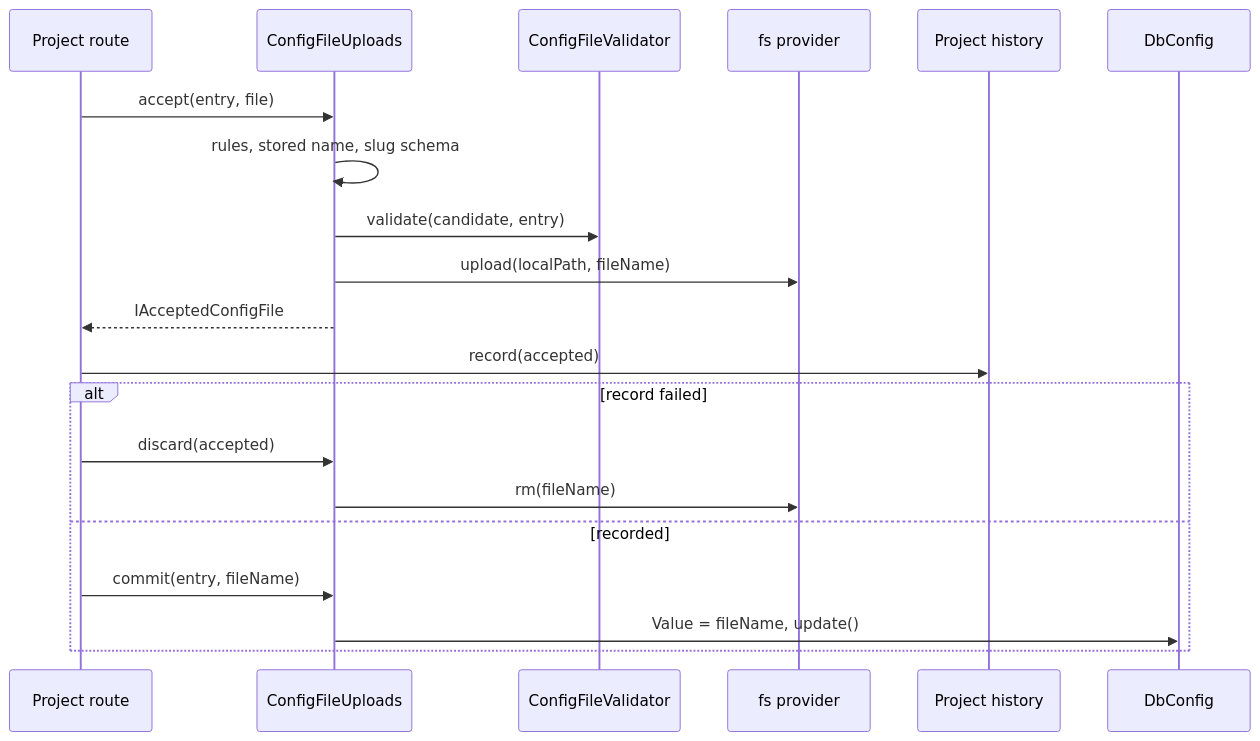
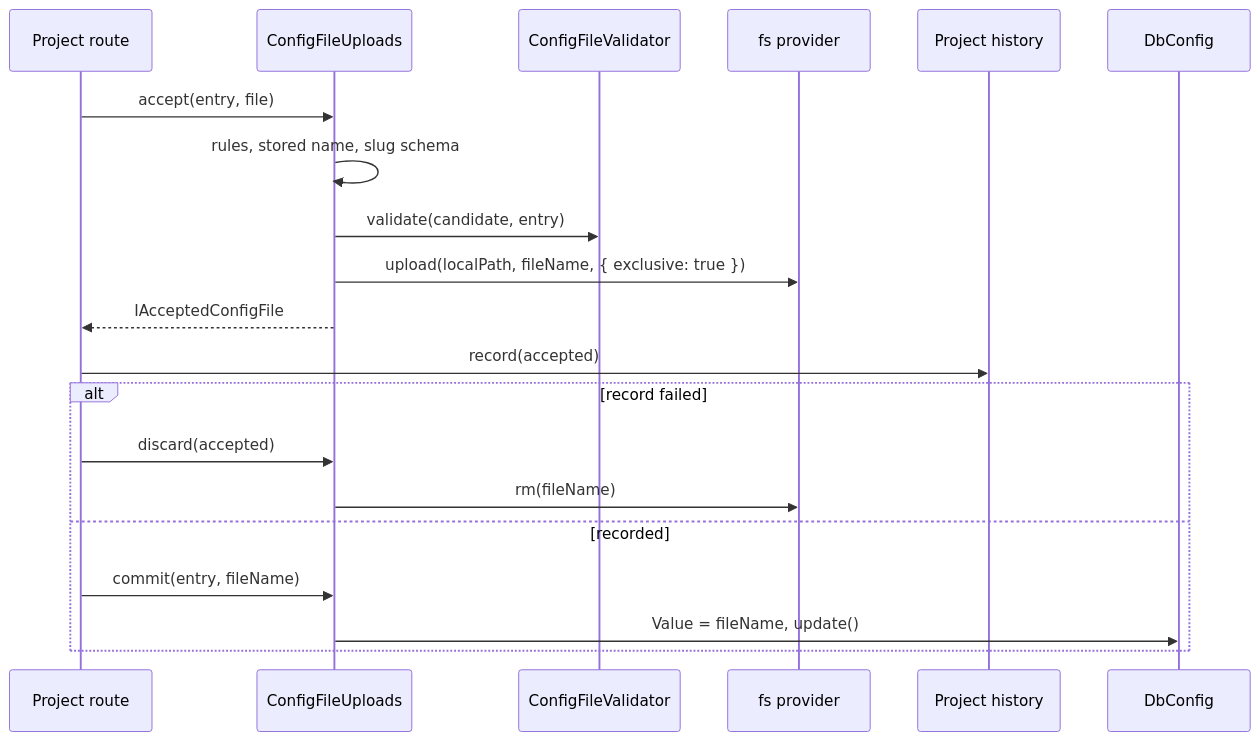
Before and after one commit to spinajs/main: the diagram in docs/configuration-http/05-file-uploads.md, drawn with Mermaid. The commit also changed other lines of this file and 13 other files, not shown here.

First line of the commit message:
fix(fs,fs-s3,fs-ftp,configuration-http): exclusive upload closes the same-name upload race

````diff
--- a/docs/configuration-http/05-file-uploads.md
+++ b/docs/configuration-http/05-file-uploads.md
@@ -41,22 +41,22 @@
 ```mermaid
 sequenceDiagram
   participant R as Project route
   participant U as ConfigFileUploads
   participant V as ConfigFileValidator
   participant F as fs provider
   participant H as Project history
   participant DB as DbConfig
   R->>U: accept(entry, file)
   U->>U: rules, stored name, slug schema
   U->>V: validate(candidate, entry)
-  U->>F: upload(localPath, fileName)
+  U->>F: upload(localPath, fileName, { exclusive: true })
   U-->>R: IAcceptedConfigFile
   R->>H: record(accepted)
   alt record failed
     R->>U: discard(accepted)
     U->>F: rm(fileName)
   else recorded
     R->>U: commit(entry, fileName)
     U->>DB: Value = fileName, update()
   end
 ```
````
